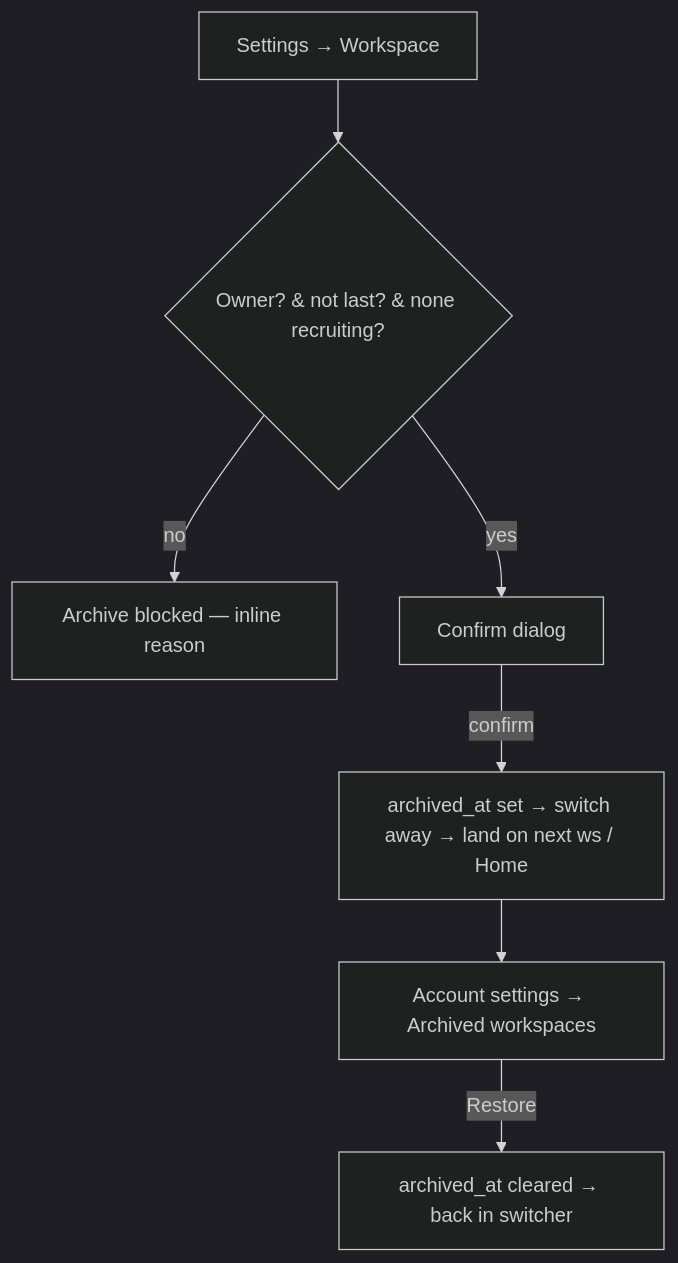
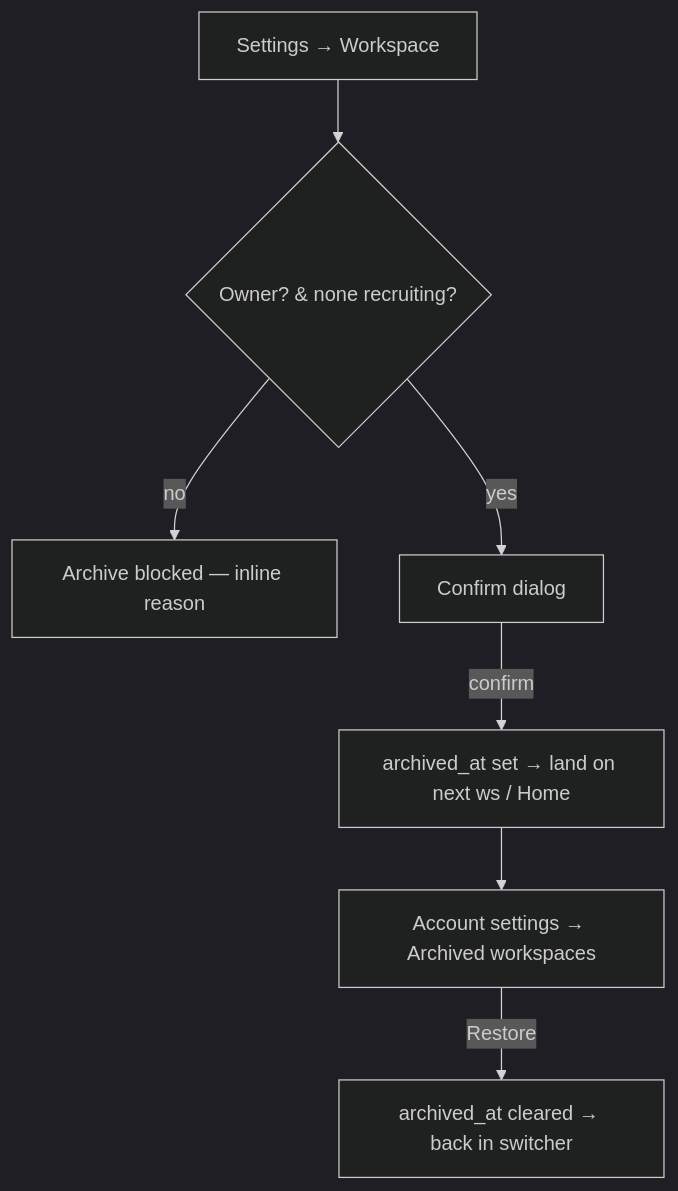
The diagram in 02_product/user-flows/archive-a-workspace.md (lowcydizajnu/massive-research-tool), drawn with Mermaid (dark theme) before and after one commit. The commit also changed other lines of this file and 13 other files, not shown here.

````diff
--- a/02_product/user-flows/archive-a-workspace.md
+++ b/02_product/user-flows/archive-a-workspace.md
@@ -98,9 +99,9 @@
 ```mermaid
 flowchart TD
-  S[Settings → Workspace] --> G{Owner? & not last? & none recruiting?}
+  S[Settings → Workspace] --> G{Owner? & none recruiting?}
   G -- no --> B[Archive blocked — inline reason]
   G -- yes --> C[Confirm dialog]
-  C -->|confirm| A[archived_at set → switch away → land on next ws / Home]
+  C -->|confirm| A[archived_at set → land on next ws / Home]
   A --> R[Account settings → Archived workspaces]
   R -->|Restore| U[archived_at cleared → back in switcher]
 ```
````
